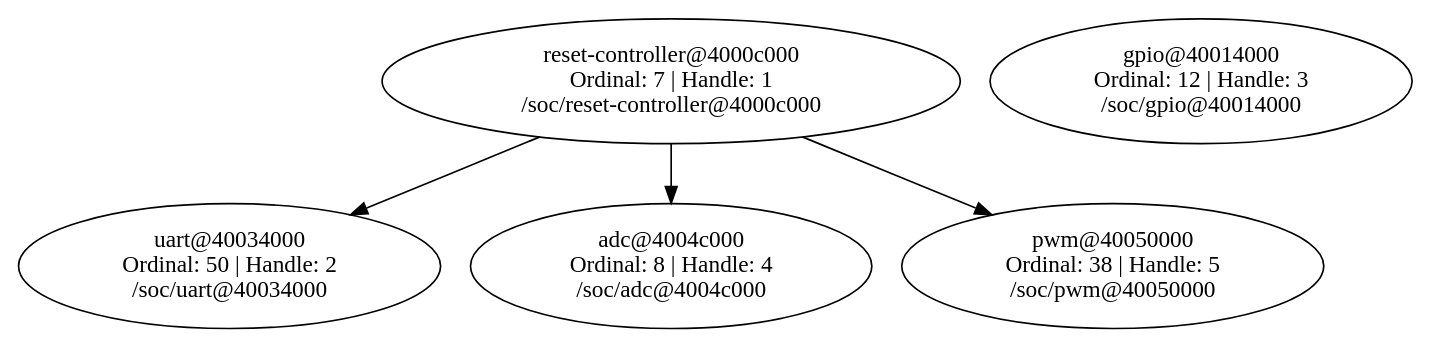
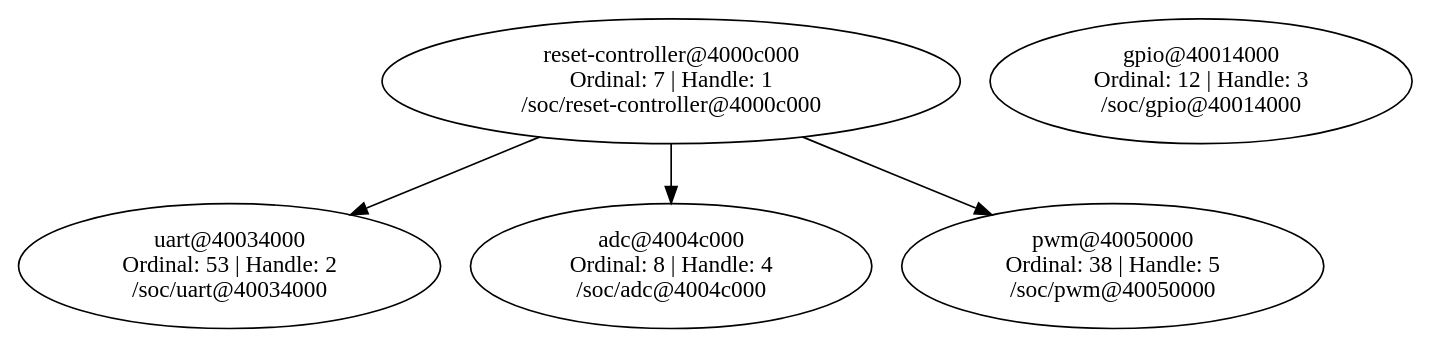
Before and after one commit to Diseno-electronico-2023-1/evse-rp2040-hardware: the diagram in app/build/zephyr/dev_graph.dot, drawn with Graphviz. The commit also changed 402 other files, not shown here.

```diff
--- a/app/build/zephyr/dev_graph.dot
+++ b/app/build/zephyr/dev_graph.dot
@@ -1,11 +1,11 @@
-// C:/Users/sergi/zephyrproject/evse-rp2040-hardware/app/build/zephyr/zephyr_pre0.elf
+// C:/Users/Usuario/zephyrproject/evse-rp2040-hardware/app/build/zephyr/zephyr_pre0.elf
 digraph "Device dependency graph" {
 	7 [label="reset-controller@4000c000\nOrdinal: 7 | Handle: 1\n/soc/reset-controller@4000c000"]
-	50 [label="uart@40034000\nOrdinal: 50 | Handle: 2\n/soc/uart@40034000"]
+	53 [label="uart@40034000\nOrdinal: 53 | Handle: 2\n/soc/uart@40034000"]
 	12 [label="gpio@40014000\nOrdinal: 12 | Handle: 3\n/soc/gpio@40014000"]
 	8 [label="adc@4004c000\nOrdinal: 8 | Handle: 4\n/soc/adc@4004c000"]
 	38 [label="pwm@40050000\nOrdinal: 38 | Handle: 5\n/soc/pwm@40050000"]
+	7 -> 53
 	7 -> 38
-	7 -> 50
 	7 -> 8
 }
```
